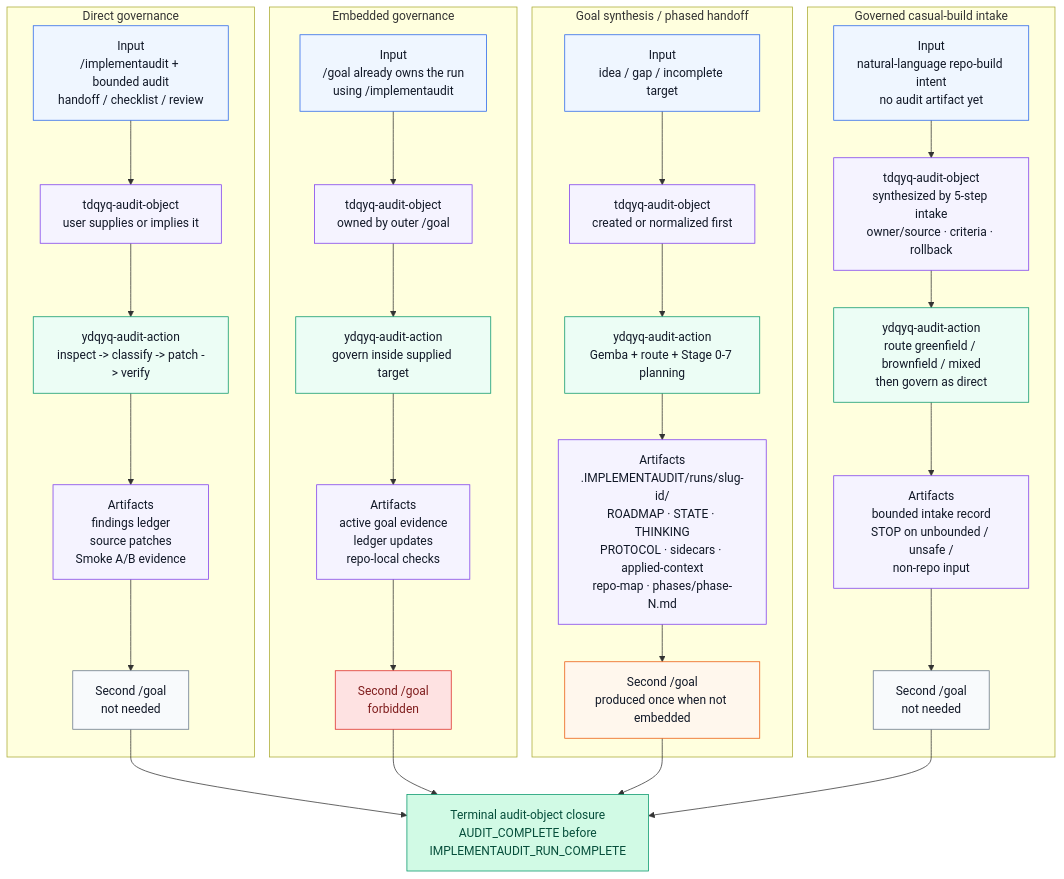
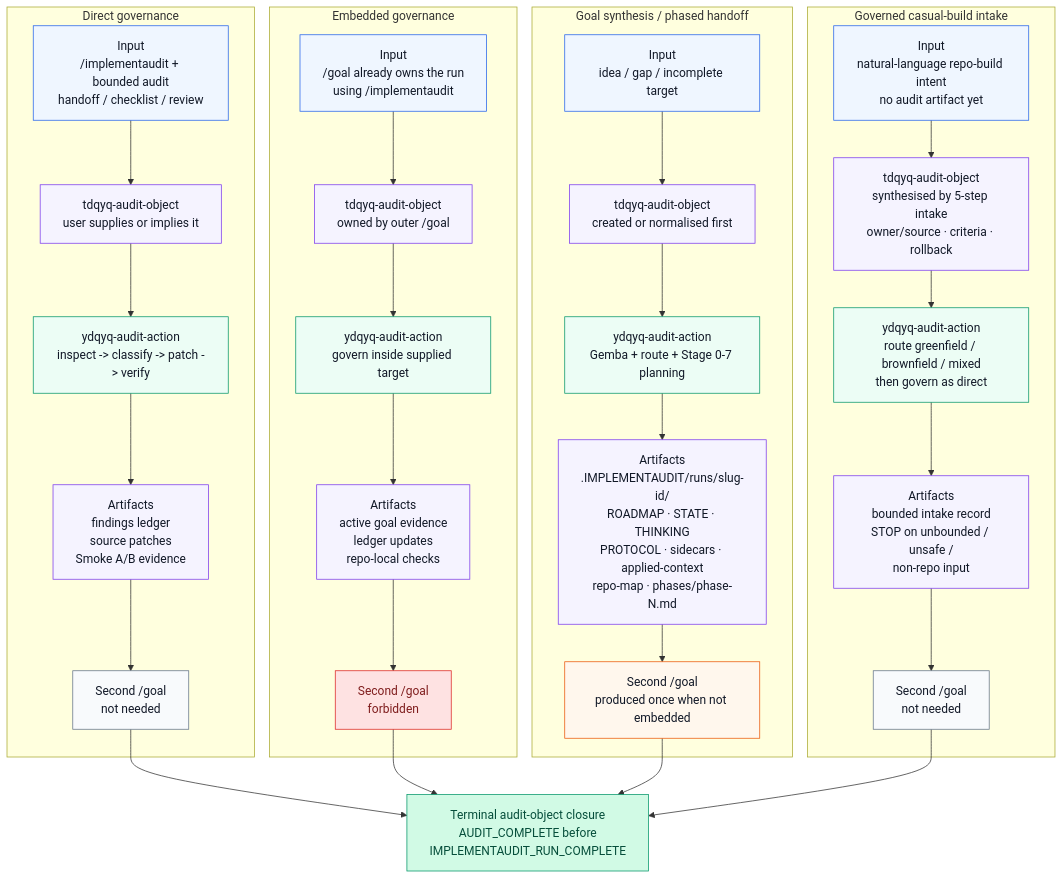
Before and after one commit to theislampill/IMPLEMENTAUDIT.md: the second of 3 diagrams in README.md, drawn with Mermaid. The commit also changed other lines of this file, not shown here.

````diff
--- a/README.md
+++ b/README.md
@@ -281,53 +348,53 @@
 ```mermaid
 flowchart TB
   Final["Terminal audit-object closure<br/>AUDIT_COMPLETE before<br/>IMPLEMENTAUDIT_RUN_COMPLETE"]:::success
 
   subgraph Direct["Direct governance"]
     DIn["Input<br/>/implementaudit + bounded audit<br/>handoff / checklist / review"]:::input
     DObj["tdqyq-audit-object<br/>user supplies or implies it"]:::artifact
     DLoop["ydqyq-audit-action<br/>inspect -> classify -> patch -> verify"]:::loop
     DArt["Artifacts<br/>findings ledger<br/>source patches<br/>Smoke A/B evidence"]:::artifact
     DGoal["Second /goal<br/>not needed"]:::boundary
     DIn --> DObj --> DLoop --> DArt --> DGoal
   end
 
   subgraph Embedded["Embedded governance"]
     EIn["Input<br/>/goal already owns the run<br/>using /implementaudit"]:::input
     EObj["tdqyq-audit-object<br/>owned by outer /goal"]:::artifact
     ELoop["ydqyq-audit-action<br/>govern inside supplied target"]:::loop
     EArt["Artifacts<br/>active goal evidence<br/>ledger updates<br/>repo-local checks"]:::artifact
     EGoal["Second /goal<br/>forbidden"]:::blocker
     EIn --> EObj --> ELoop --> EArt --> EGoal
   end
 
   subgraph Synthesis["Goal synthesis / phased handoff"]
     SIn["Input<br/>idea / gap / incomplete target"]:::input
-    SObj["tdqyq-audit-object<br/>created or normalized first"]:::artifact
+    SObj["tdqyq-audit-object<br/>created or normalised first"]:::artifact
     SLoop["ydqyq-audit-action<br/>Gemba + route + Stage 0-7 planning"]:::loop
     SArt["Artifacts<br/>.IMPLEMENTAUDIT/runs/slug-id/<br/>ROADMAP · STATE · THINKING<br/>PROTOCOL · sidecars · applied-context<br/>repo-map · phases/phase-N.md"]:::artifact
     SGoal["Second /goal<br/>produced once when not embedded"]:::handoff
     SIn --> SObj --> SLoop --> SArt --> SGoal
   end
 
   subgraph Casual["Governed casual-build intake"]
     CIn["Input<br/>natural-language repo-build intent<br/>no audit artifact yet"]:::input
-    CObj["tdqyq-audit-object<br/>synthesized by 5-step intake<br/>owner/source · criteria · rollback"]:::artifact
+    CObj["tdqyq-audit-object<br/>synthesised by 5-step intake<br/>owner/source · criteria · rollback"]:::artifact
     CLoop["ydqyq-audit-action<br/>route greenfield / brownfield / mixed<br/>then govern as direct"]:::loop
     CArt["Artifacts<br/>bounded intake record<br/>STOP on unbounded / unsafe /<br/>non-repo input"]:::artifact
     CGoal["Second /goal<br/>not needed"]:::boundary
     CIn --> CObj --> CLoop --> CArt --> CGoal
   end
 
   DGoal --> Final
   EGoal --> Final
   SGoal --> Final
   CGoal --> Final
 
   classDef input fill:#eff6ff,stroke:#2563eb,color:#111827
   classDef loop fill:#ecfdf5,stroke:#059669,color:#111827
   classDef artifact fill:#f5f3ff,stroke:#7c3aed,color:#111827
   classDef boundary fill:#f8fafc,stroke:#64748b,color:#111827
   classDef handoff fill:#fff7ed,stroke:#ea580c,color:#111827
   classDef blocker fill:#fee2e2,stroke:#dc2626,color:#7f1d1d
   classDef success fill:#d1fae5,stroke:#059669,color:#064e3b
 ```
````
